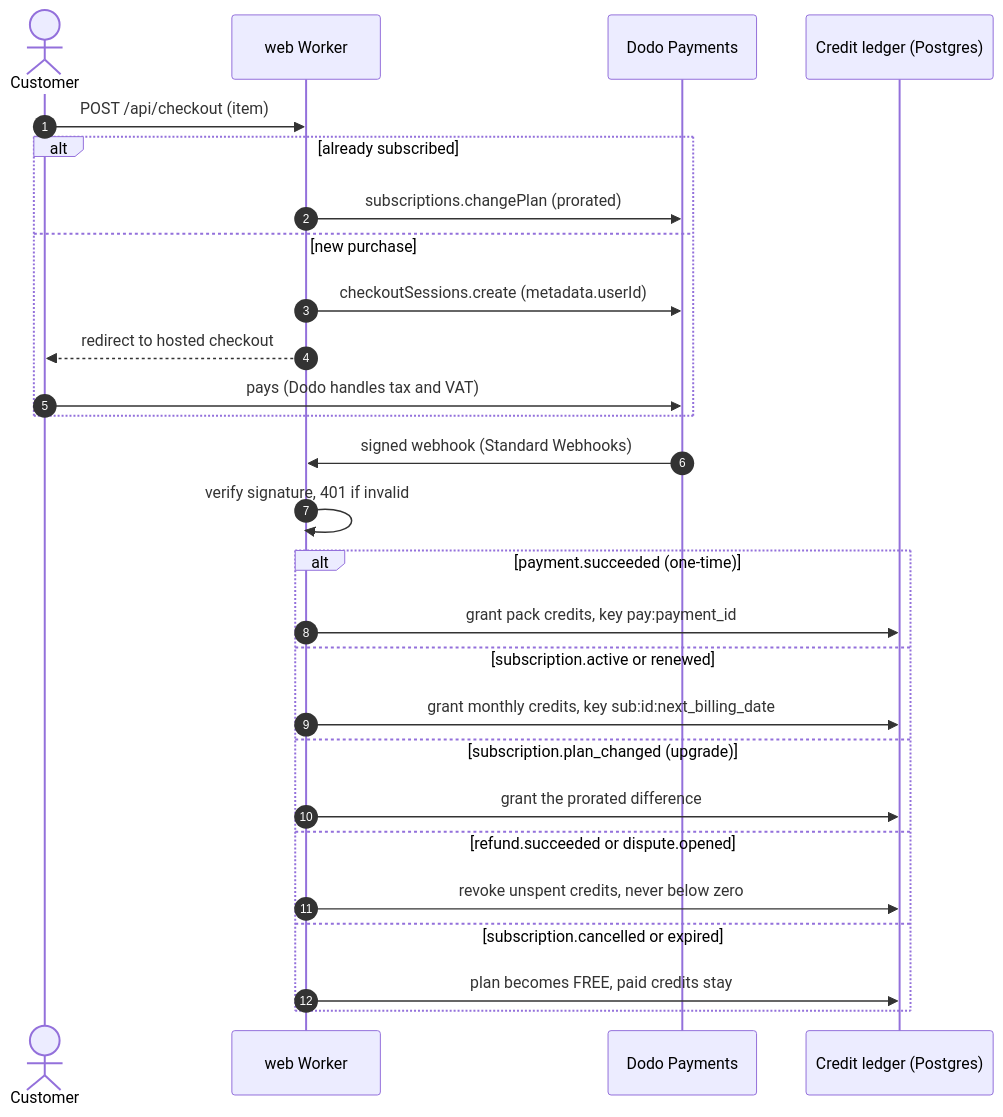
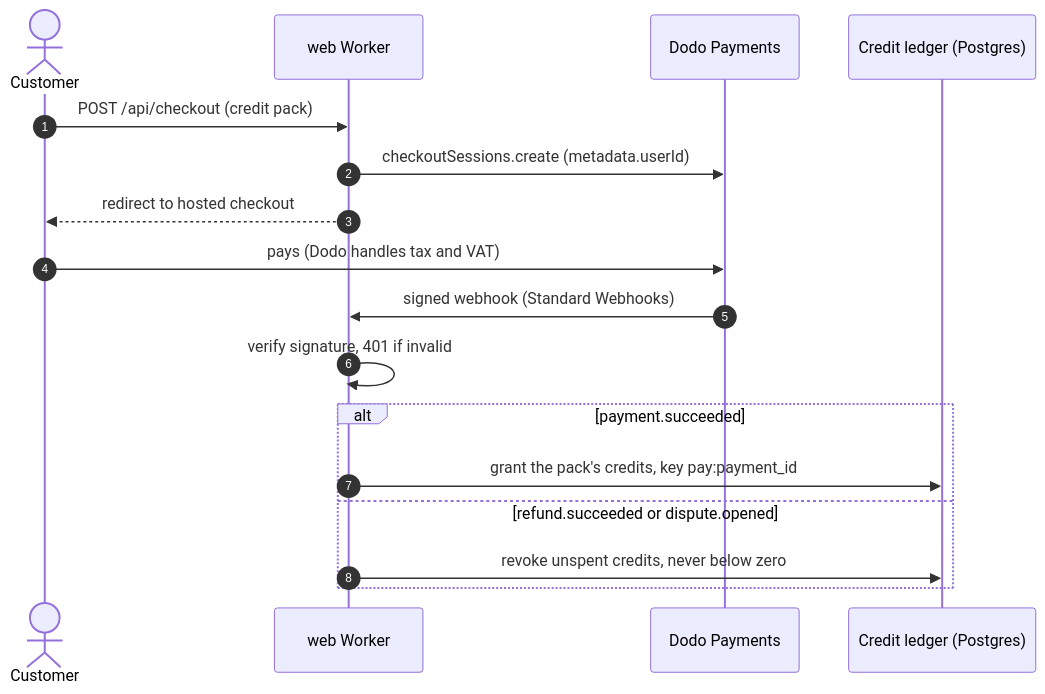
One commit to SyedImtiyaz-1/Hyped.Video changed the third of 4 diagrams in docs/ARCHITECTURE.md. Above: the diagram before and after it, drawn with Mermaid. The commit also changed other lines of this file and 337 other files, not shown here.

````diff
--- a/docs/ARCHITECTURE.md
+++ b/docs/ARCHITECTURE.md
@@ -123,30 +123,20 @@
 ```mermaid
 sequenceDiagram
   autonumber
   actor U as Customer
   participant W as web Worker
   participant D as Dodo Payments
   participant L as Credit ledger (Postgres)
 
-  U->>W: POST /api/checkout (item)
-  alt already subscribed
-    W->>D: subscriptions.changePlan (prorated)
-  else new purchase
-    W->>D: checkoutSessions.create (metadata.userId)
-    W-->>U: redirect to hosted checkout
-    U->>D: pays (Dodo handles tax and VAT)
-  end
+  U->>W: POST /api/checkout (credit pack)
+  W->>D: checkoutSessions.create (metadata.userId)
+  W-->>U: redirect to hosted checkout
+  U->>D: pays (Dodo handles tax and VAT)
   D->>W: signed webhook (Standard Webhooks)
   W->>W: verify signature, 401 if invalid
-  alt payment.succeeded (one-time)
-    W->>L: grant pack credits, key pay:payment_id
-  else subscription.active or renewed
-    W->>L: grant monthly credits, key sub:id:next_billing_date
-  else subscription.plan_changed (upgrade)
-    W->>L: grant the prorated difference
+  alt payment.succeeded
+    W->>L: grant the pack's credits, key pay:payment_id
   else refund.succeeded or dispute.opened
     W->>L: revoke unspent credits, never below zero
-  else subscription.cancelled or expired
-    W->>L: plan becomes FREE, paid credits stay
   end
 ```
````
